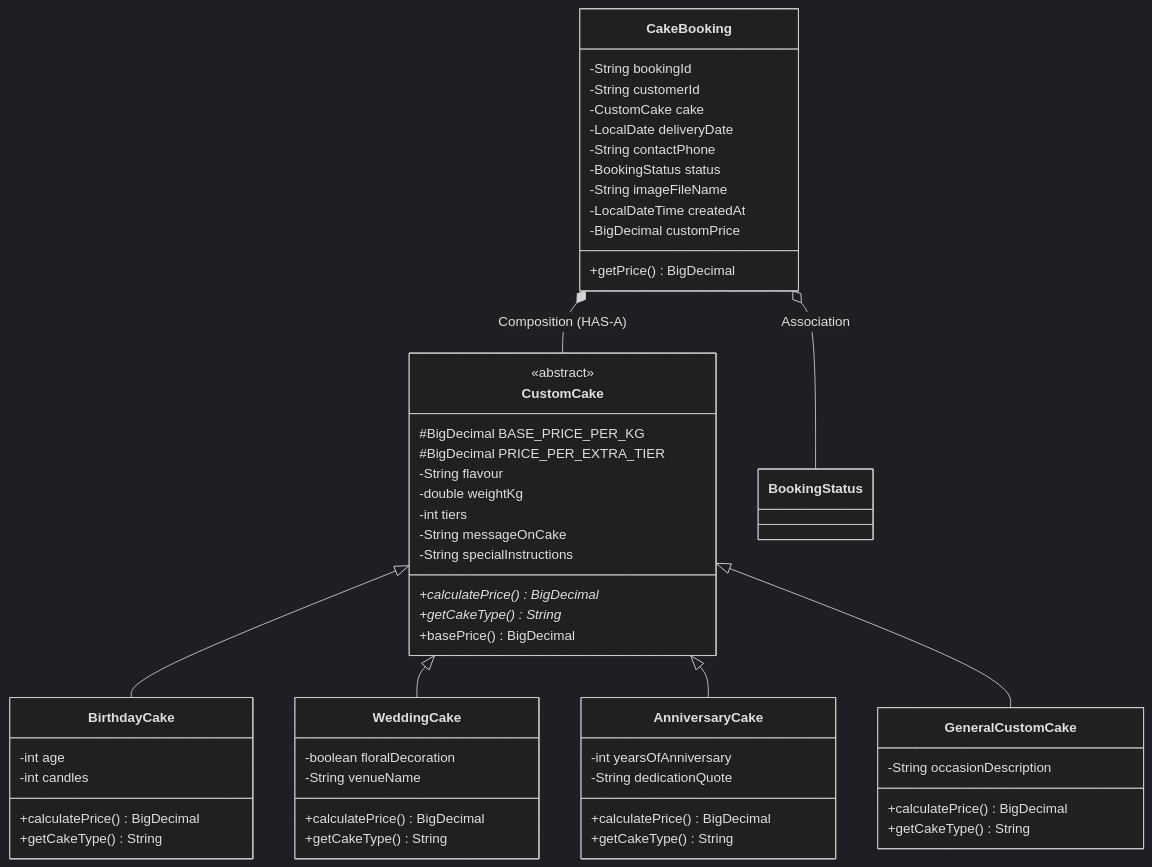
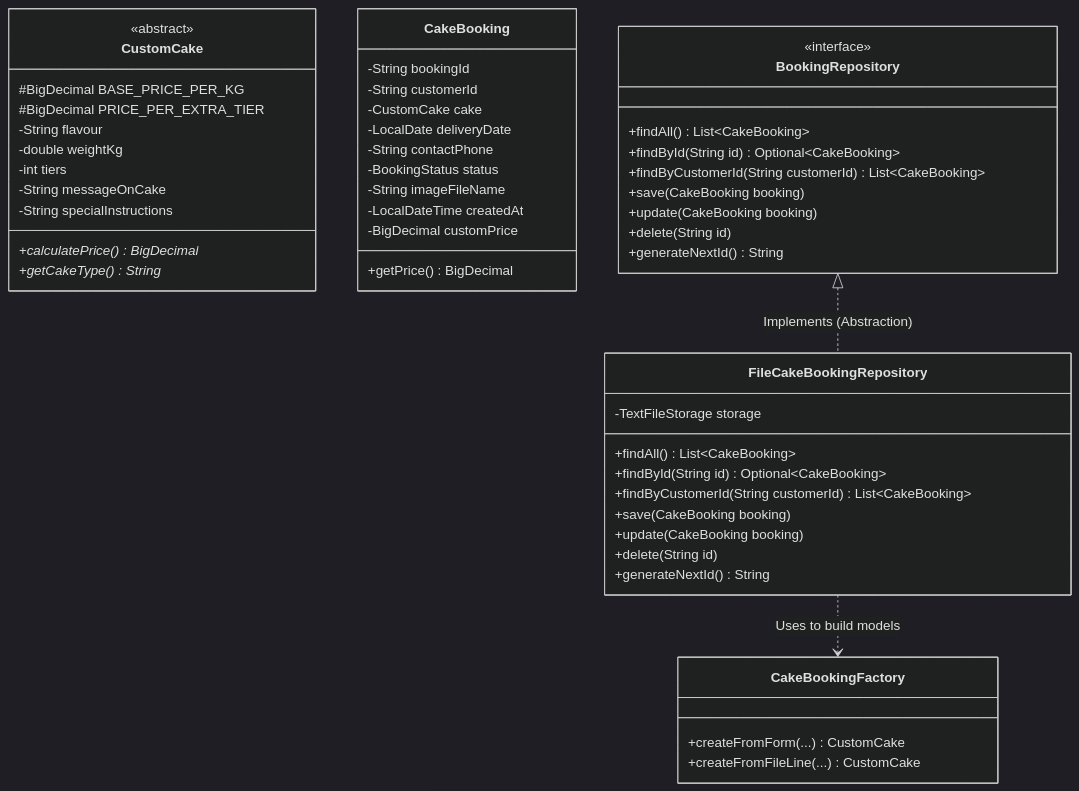
One commit to kalana-karunarathna/bakery-order-management-system changed the diagram in src/main/java/com/bakery/cake/cake-class-diagram.md. Above: the diagram before and after it, drawn with Mermaid (dark theme).

Commit message:
docs(diagram): add repository abstraction and factory relationships to class diagram

````diff
--- a/src/main/java/com/bakery/cake/cake-class-diagram.md
+++ b/src/main/java/com/bakery/cake/cake-class-diagram.md
@@ -3,64 +3,58 @@
 ```mermaid
 classDiagram
     class CustomCake {
         <<abstract>>
         #BigDecimal BASE_PRICE_PER_KG
         #BigDecimal PRICE_PER_EXTRA_TIER
         -String flavour
         -double weightKg
         -int tiers
         -String messageOnCake
         -String specialInstructions
         +calculatePrice()* BigDecimal
         +getCakeType()* String
-        +basePrice() BigDecimal
-    }
-
-    class BirthdayCake {
-        -int age
-        -int candles
-        +calculatePrice() BigDecimal
-        +getCakeType() String
-    }
-
-    class WeddingCake {
-        -boolean floralDecoration
-        -String venueName
-        +calculatePrice() BigDecimal
-        +getCakeType() String
-    }
-
-    class AnniversaryCake {
-        -int yearsOfAnniversary
-        -String dedicationQuote
-        +calculatePrice() BigDecimal
-        +getCakeType() String
-    }
-
-    class GeneralCustomCake {
-        -String occasionDescription
-        +calculatePrice() BigDecimal
-        +getCakeType() String
     }
 
     class CakeBooking {
         -String bookingId
         -String customerId
         -CustomCake cake
         -LocalDate deliveryDate
         -String contactPhone
         -BookingStatus status
         -String imageFileName
         -LocalDateTime createdAt
         -BigDecimal customPrice
         +getPrice() BigDecimal
     }
 
-    CustomCake <|-- BirthdayCake
-    CustomCake <|-- WeddingCake
-    CustomCake <|-- AnniversaryCake
-    CustomCake <|-- GeneralCustomCake
+    class CakeBookingFactory {
+        +createFromForm(...) CustomCake
+        +createFromFileLine(...) CustomCake
+    }
 
-    CakeBooking *-- CustomCake : Composition (HAS-A)
-    CakeBooking o-- BookingStatus : Association
+    class BookingRepository {
+        <<interface>>
+        +findAll() List~CakeBooking~
+        +findById(String id) Optional~CakeBooking~
+        +findByCustomerId(String customerId) List~CakeBooking~
+        +save(CakeBooking booking)
+        +update(CakeBooking booking)
+        +delete(String id)
+        +generateNextId() String
+    }
+
+    class FileCakeBookingRepository {
+        -TextFileStorage storage
+        +findAll() List~CakeBooking~
+        +findById(String id) Optional~CakeBooking~
+        +findByCustomerId(String customerId) List~CakeBooking~
+        +save(CakeBooking booking)
+        +update(CakeBooking booking)
+        +delete(String id)
+        +generateNextId() String
+    }
+
+    BookingRepository <|.. FileCakeBookingRepository : Implements (Abstraction)
+    FileCakeBookingRepository ..> CakeBookingFactory : Uses to build models
 ```
````
